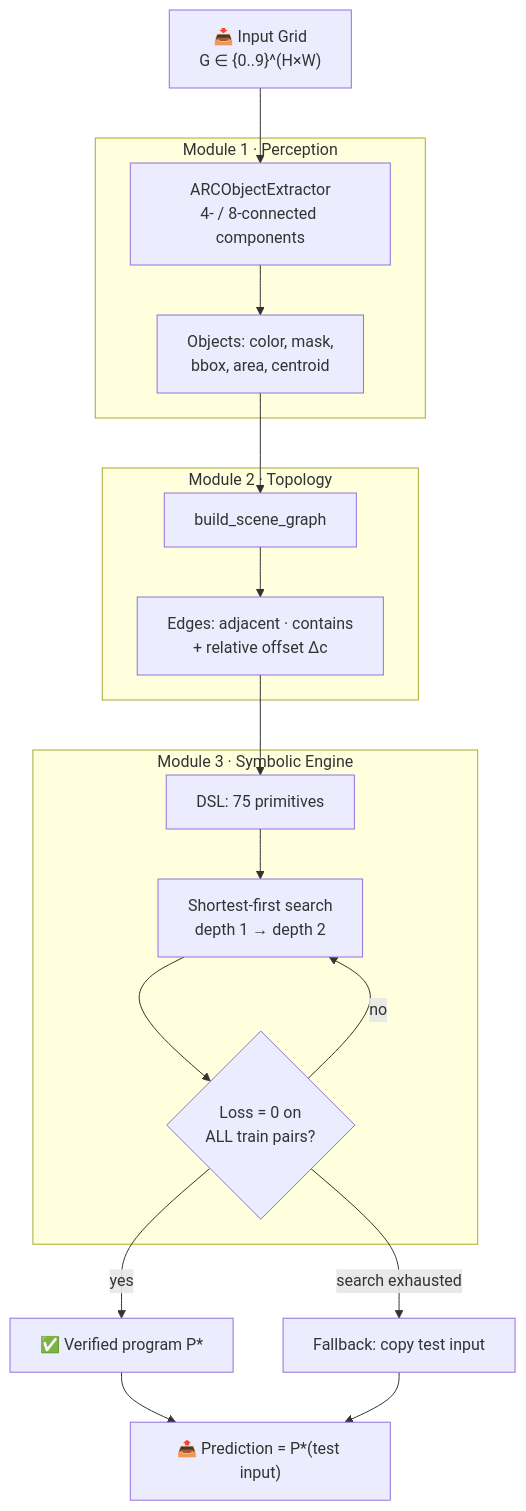
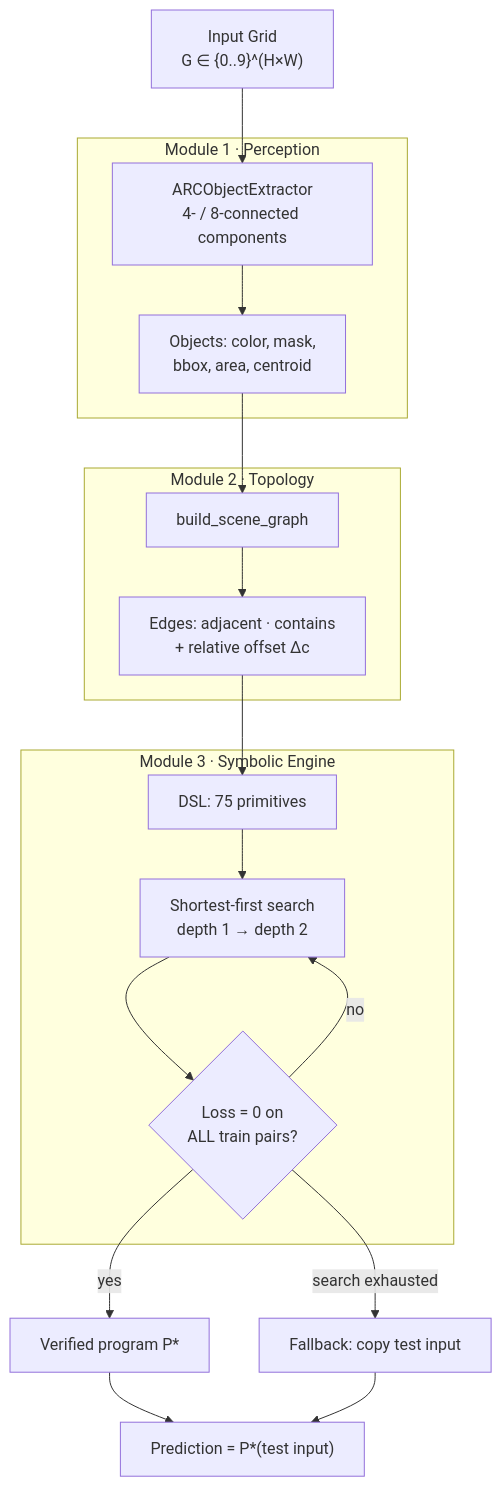
Before and after one commit to emersonnjsantos/Arq_Neuro-Simbolic_Espacial_Topologico_ARC: the first of 2 diagrams in README.md, drawn with Mermaid. The commit also changed other lines of this file, not shown here.

````diff
--- a/README.md
+++ b/README.md
@@ -116,27 +114,27 @@
 ```mermaid
 flowchart TD
-    A["📥 Input Grid<br/>G ∈ {0..9}^(H×W)"] --> B
+    A["Input Grid<br/>G ∈ {0..9}^(H×W)"] --> B
 
     subgraph P1["Module 1 · Perception"]
         B["ARCObjectExtractor<br/>4- / 8-connected components"] --> B2["Objects: color, mask,<br/>bbox, area, centroid"]
     end
 
     B2 --> C
 
     subgraph P2["Module 2 · Topology"]
         C["build_scene_graph"] --> C2["Edges: adjacent · contains<br/>+ relative offset Δc"]
     end
 
     C2 --> D
 
     subgraph P3["Module 3 · Symbolic Engine"]
         D["DSL: 75 primitives"] --> E["Shortest-first search<br/>depth 1 → depth 2"]
         E --> F{"Loss = 0 on<br/>ALL train pairs?"}
         F -- "no" --> E
     end
 
-    F -- "yes" --> G["✅ Verified program P*"]
-    G --> H["📤 Prediction = P*(test input)"]
+    F -- "yes" --> G["Verified program P*"]
+    G --> H["Prediction = P*(test input)"]
     F -- "search exhausted" --> I["Fallback: copy test input"]
     I --> H
 ```
````
